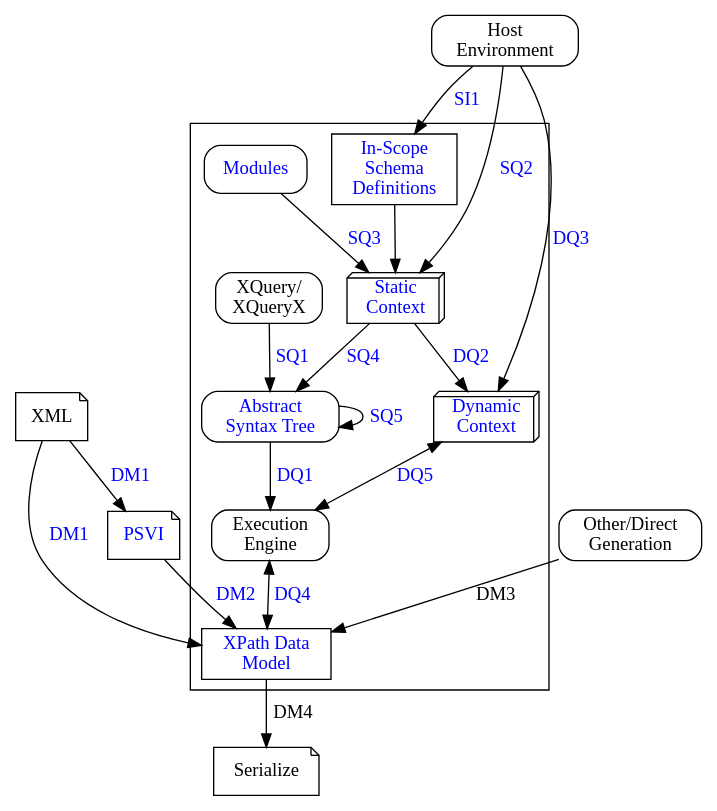
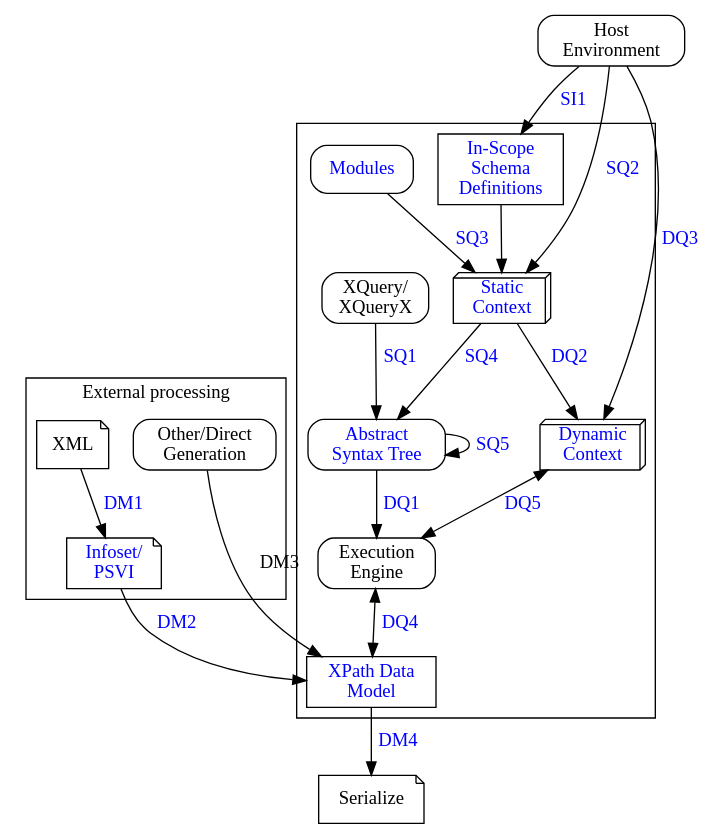
Before and after one commit to qt4cg/qtspecs: the diagram in specifications/xquery-40/image-sources/procmod-xquery.dot, drawn with Graphviz. The commit also changed 3 other files, not shown here.

Commit message:
Updated diagrams per JK

```diff
--- a/specifications/xquery-40/image-sources/procmod-xquery.dot
+++ b/specifications/xquery-40/image-sources/procmod-xquery.dot
@@ -1,48 +1,52 @@
 digraph Processing_Model {
     subgraph clusterQT4 {
         Exec [label="Execution\nEngine"; shape=rect; style=rounded ];
         XDM [label="XPath Data\nModel"; shape=rect;
              fontcolor=blue;
              URL="#dt-data-model-instance"];
         AST [label="Abstract\nSyntax Tree"; shape=rect; style=rounded;
              fontcolor="blue"; URL="#SQ5" ];
         Static [label="Static\nContext"; shape="box3d";
                 fontcolor="blue";
                 URL="#dt-static-context"];
         Dynamic [label="Dynamic\nContext"; shape="box3d";
                  fontcolor="blue";
                  URL="#dt-dynamic-context"];
         Schema [label="In-Scope\nSchema\nDefinitions"; shape=rect;
                 fontcolor="blue";
                 URL="#dt-issd"];
         XQuery [label="XQuery/\nXQueryX"; shape=rect; style=rounded ];
         Modules [label="Modules"; shape=rect; style=rounded;
                  fontcolor="blue"; URL="#id-module-declaration" ];
 
         XQuery -> AST [label=" SQ1"; fontcolor="blue"; URL="#SQ1234" ];
         AST -> AST [label=" SQ5"; fontcolor="blue"; URL="#SQ5" ];
         AST -> Exec [label=" DQ1"; fontcolor="blue"; URL="#DQ12345" ];
         Schema -> Static;
         Modules -> Static [label=" SQ3"; fontcolor="blue"; URL="#SQ1234" ];
         Static -> AST [label=" SQ4"; fontcolor="blue"; URL="#SQ1234"  ];
         Static -> Dynamic [label=" DQ2"; fontcolor="blue"; URL="#DQ12345" ];
         Dynamic -> Exec [ dir="both"; label=" DQ5"; fontcolor="blue"; URL="#DQ12345" ];
         Exec -> XDM [ dir="both"; label=" DQ4"; fontcolor="blue"; URL="#DQ12345" ];
     }
-    XML [ shape="note" ];
-    PSVI [ shape="note"; fontcolor="blue"; URL="#id-data-model-generation" ];
+
+    subgraph clusterEP {
+        label = "External processing";
+        XML [ shape="note" ];
+        PSVI [ label="Infoset/\nPSVI" shape="note"; fontcolor="blue"; URL="#id-data-model-generation" ];
+        Direct [ label="Other/Direct\nGeneration"; shape=rect; style=rounded ];
+    }
+
     XML -> PSVI [ label=" DM1"; fontcolor="blue"; URL="#DM1" ];
     PSVI -> XDM  [ label=" DM2"; fontcolor="blue"; URL="#DM2" ];
-    XML -> XDM [ label=" DM1"; fontcolor="blue"; URL="#DM1" ];
 
-    Direct [ label="Other/Direct\nGeneration"; shape=rect; style=rounded ];
     Direct -> XDM [ label=" DM3" ];
 
     Host [ label="Host\nEnvironment"; shape=rect; style=rounded ];
     Host -> Schema [label=" SI1"; fontcolor="blue"; URL="#id-schema-import-processing" ];
     Host -> Static [label=" SQ2"; fontcolor="blue"; URL="#SQ1234" ];
     Host -> Dynamic [label=" DQ3"; fontcolor="blue"; URL="#DQ12345" ];
 
     Serialize [ shape="note"; bgcolor="#FF00FF"; ];
-    XDM -> Serialize [ label=" DM4" ];
+    XDM -> Serialize [ label=" DM4"; fontcolor="blue"; URL="#id-serialization" ];
 }
```
